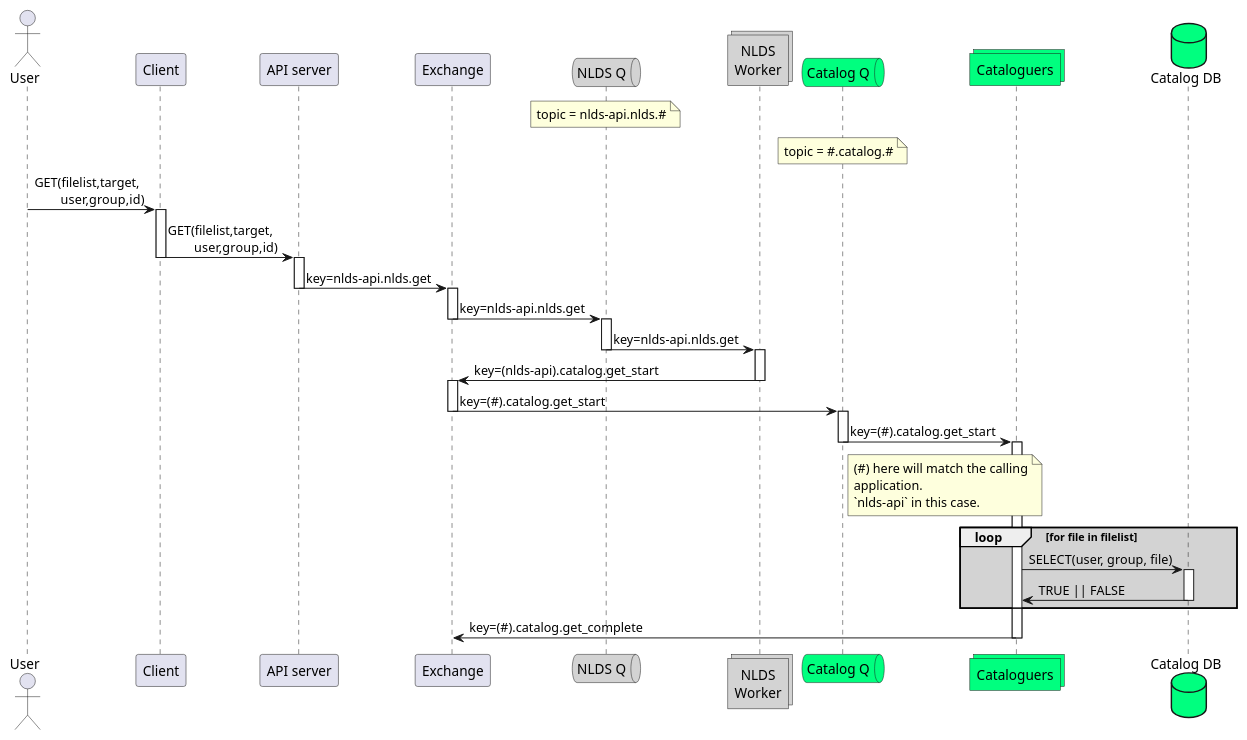
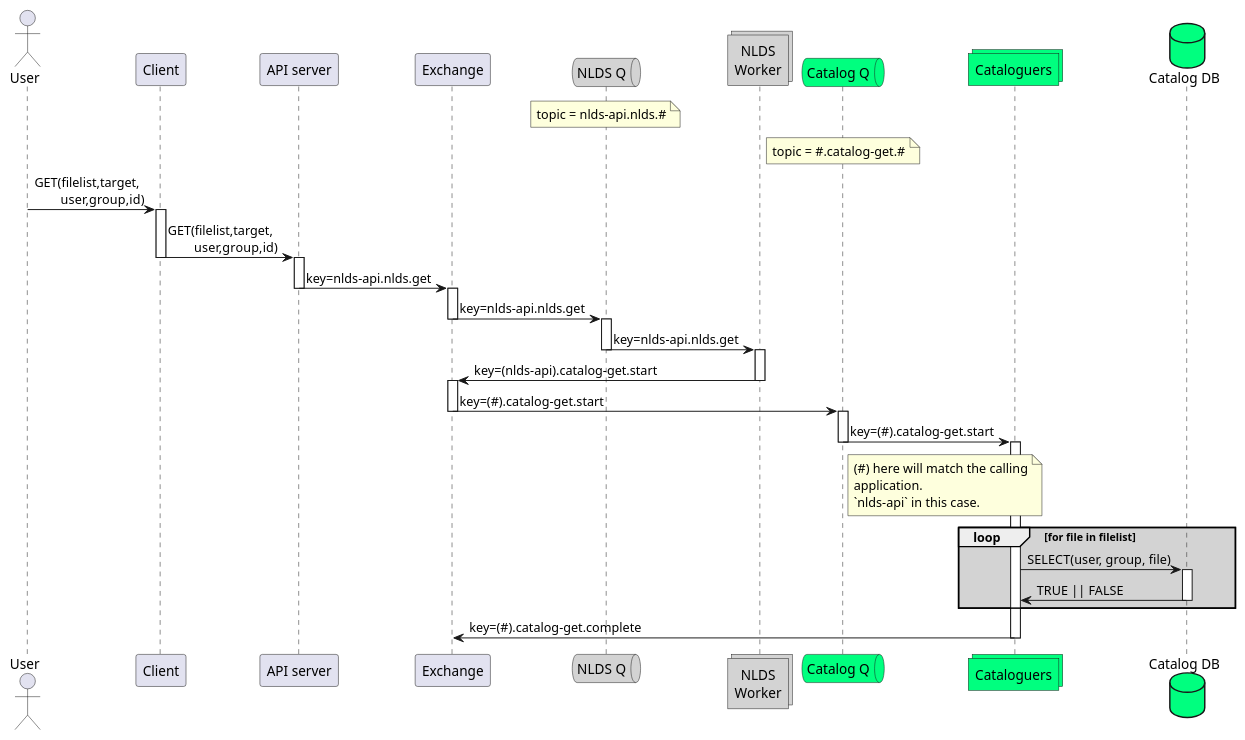
Before and after one commit to cedadev/nlds: the diagram in docs/spec/uml/message_flow_get1.puml, drawn with PlantUML. The commit also changed 16 other files, not shown here.

Commit message:
Updated messages and message flow

```diff
--- a/docs/spec/uml/message_flow_get1.puml
+++ b/docs/spec/uml/message_flow_get1.puml
@@ -1,65 +1,65 @@
 @startuml message_flow_get1
 
 actor user as "User"
 participant client as "Client"
 participant server as "API server"
 participant wex as "Exchange"
 
 queue qw as "NLDS Q" #lightgrey
 note over qw
     topic = nlds-api.nlds.#
 end note
 collections work as "NLDS\nWorker" #lightgrey
 
 queue qc as "Catalog Q" #springgreen
-collections catalog as "Cataloguers" #springgreen
+collections catalog_get as "Cataloguers" #springgreen
 database catalog_db as "Catalog DB" #springgreen
 note over qc
-    topic = #.catalog.#
+    topic = #.catalog-get.#
 end note
 
 user -> client : GET(filelist,target,\n\tuser,group,id)
 
 activate client
 client -> server : GET(filelist,target,\n\tuser,group,id)
 deactivate client
 
 activate server
 server -> wex : key=nlds-api.nlds.get
 deactivate server
 
 activate wex
 wex -> qw : key=nlds-api.nlds.get
 deactivate wex
 
 activate qw
 qw -> work : key=nlds-api.nlds.get
 deactivate qw
 
 activate work
-work -> wex : key=(nlds-api).catalog.get_start
+work -> wex : key=(nlds-api).catalog-get.start
 deactivate work
 
 activate wex
-wex -> qc : key=(#).catalog.get_start
+wex -> qc : key=(#).catalog-get.start
 deactivate wex
 
 activate qc
-qc -> catalog : key=(#).catalog.get_start
+qc -> catalog_get : key=(#).catalog-get.start
 deactivate qc
 note right of qc
     (#) here will match the calling
     application.
     `nlds-api` in this case.
 end note
-activate catalog
+activate catalog_get
 loop #lightgrey for file in filelist 
-    catalog -> catalog_db : SELECT(user, group, file)
+    catalog_get -> catalog_db : SELECT(user, group, file)
     activate catalog_db
-    catalog_db -> catalog : TRUE || FALSE
+    catalog_db -> catalog_get : TRUE || FALSE
     deactivate catalog_db
 end
-catalog -> wex : key=(#).catalog.get_complete
-deactivate catalog
+catalog_get -> wex : key=(#).catalog-get.complete
+deactivate catalog_get
 
 @enduml
```
